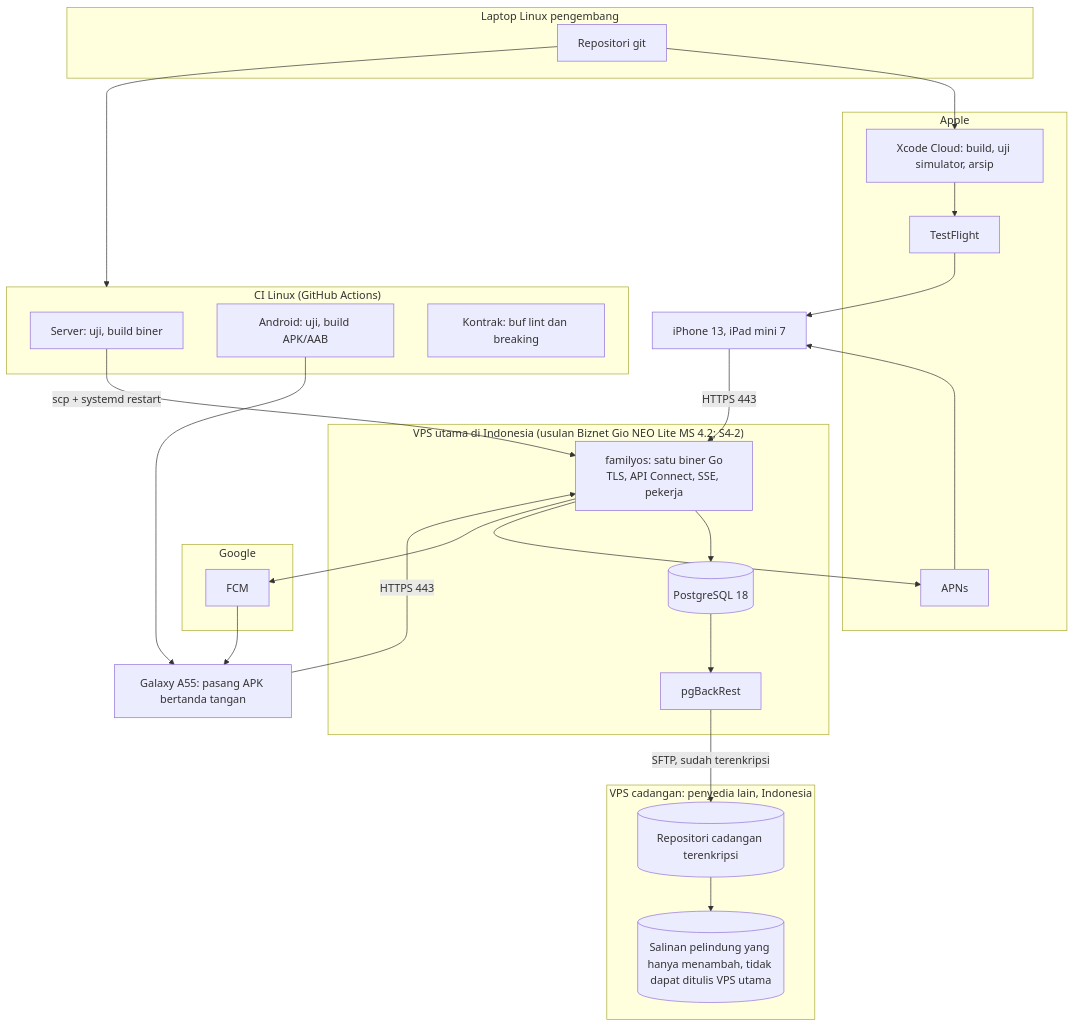
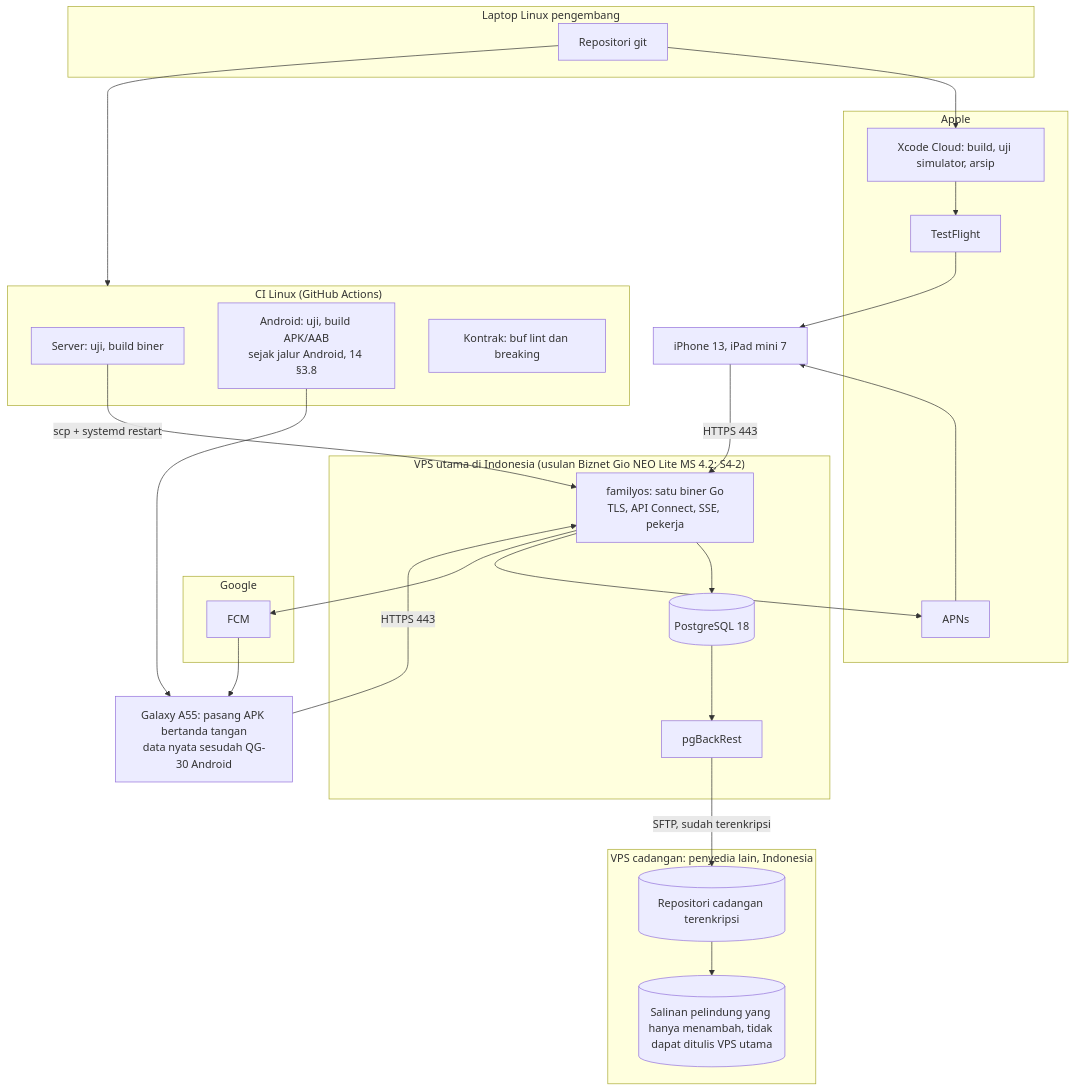
Before and after one commit to abiyanzimran/casa: the diagram in docs/09-technical-architecture/04-operasi-uji-biaya.md, drawn with Mermaid. The commit also changed other lines of this file and 22 other files, not shown here.

````diff
--- a/docs/09-technical-architecture/04-operasi-uji-biaya.md
+++ b/docs/09-technical-architecture/04-operasi-uji-biaya.md
@@ -9,37 +9,37 @@
 ```mermaid
 flowchart TB
   subgraph dev["Laptop Linux pengembang"]
     GIT[Repositori git]
   end
   subgraph gh["CI Linux (GitHub Actions)"]
     CI1[Server: uji, build biner]
-    CI2[Android: uji, build APK/AAB]
+    CI2[Android: uji, build APK/AAB<br/>sejak jalur Android, 14 §3.8]
     CI3[Kontrak: buf lint dan breaking]
   end
   subgraph apple["Apple"]
     XC[Xcode Cloud: build, uji simulator, arsip]
     TF[TestFlight]
     APNS[APNs]
   end
   subgraph google["Google"]
     FCM[FCM]
   end
   subgraph vps1["VPS utama di Indonesia (usulan Biznet Gio NEO Lite MS 4.2; S4-2)"]
     APP[familyos: satu biner Go<br/>TLS, API Connect, SSE, pekerja]
     PG[(PostgreSQL 18)]
     BR[pgBackRest]
   end
   subgraph vps2["VPS cadangan: penyedia lain, Indonesia"]
     REPO[(Repositori cadangan terenkripsi)]
     SNAP[(Salinan pelindung yang hanya menambah, tidak dapat ditulis VPS utama)]
   end
   GIT --> gh
   GIT --> XC --> TF --> IPH[iPhone 13, iPad mini 7]
-  CI2 --> AND[Galaxy A55: pasang APK bertanda tangan]
+  CI2 --> AND[Galaxy A55: pasang APK bertanda tangan<br/>data nyata sesudah QG-30 Android]
   CI1 -->|scp + systemd restart| APP
   APP --> PG
   PG --> BR -->|SFTP, sudah terenkripsi| REPO --> SNAP
   APP --> APNS --> IPH
   APP --> FCM --> AND
   IPH & AND -->|HTTPS 443| APP
 ```
````
